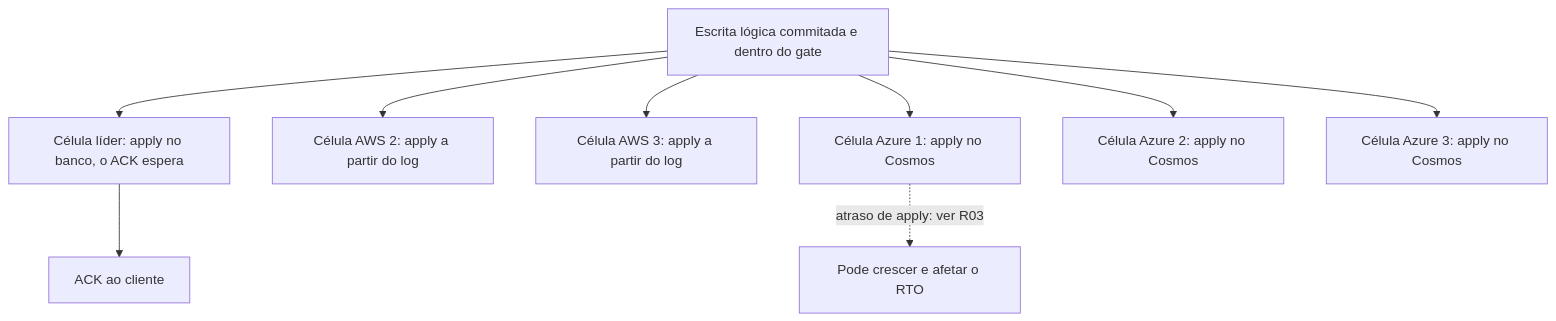
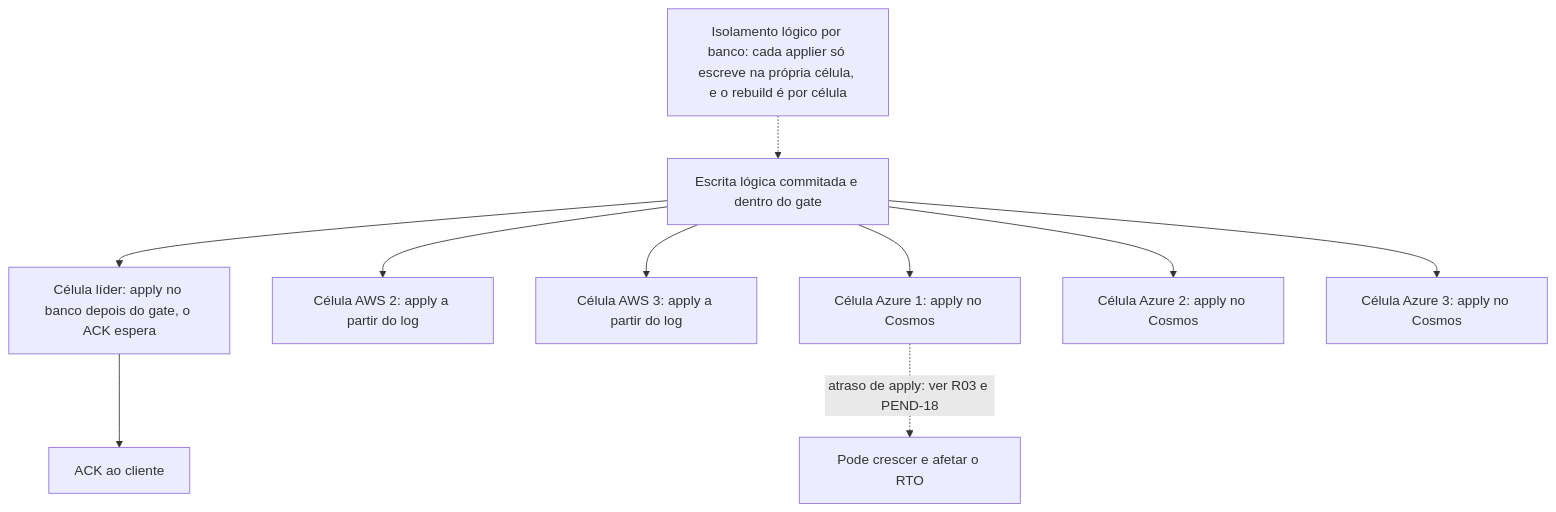
Before and after one commit to brbarmex/k: the diagram in 04_diagramas/D08-uma-escrita-seis-bancos.md, drawn with Mermaid. The commit also changed other lines of this file and 139 other files, not shown here.

````diff
--- a/04_diagramas/D08-uma-escrita-seis-bancos.md
+++ b/04_diagramas/D08-uma-escrita-seis-bancos.md
@@ -9,11 +9,12 @@
 ```mermaid
 flowchart TD
-    W["Escrita lógica commitada e dentro do gate"] --> L["Célula líder: apply no banco, o ACK espera"]
+    W["Escrita lógica commitada e dentro do gate"] --> L["Célula líder: apply no banco depois do gate, o ACK espera"]
     W --> F1["Célula AWS 2: apply a partir do log"]
     W --> F2["Célula AWS 3: apply a partir do log"]
     W --> Z1["Célula Azure 1: apply no Cosmos"]
     W --> Z2["Célula Azure 2: apply no Cosmos"]
     W --> Z3["Célula Azure 3: apply no Cosmos"]
     L --> ACK["ACK ao cliente"]
-    Z1 -.->|"atraso de apply: ver R03"| RTO["Pode crescer e afetar o RTO"]
+    Z1 -.->|"atraso de apply: ver R03 e PEND-18"| RTO["Pode crescer e afetar o RTO"]
+    ISO["Isolamento lógico por banco: cada applier só escreve na própria célula, e o rebuild é por célula"] -.-> W
 ```
````
